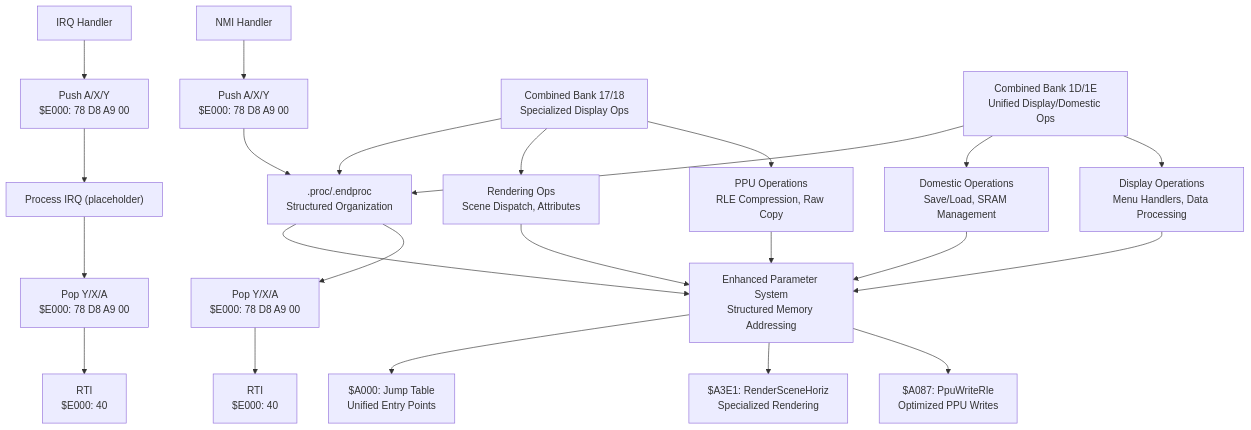
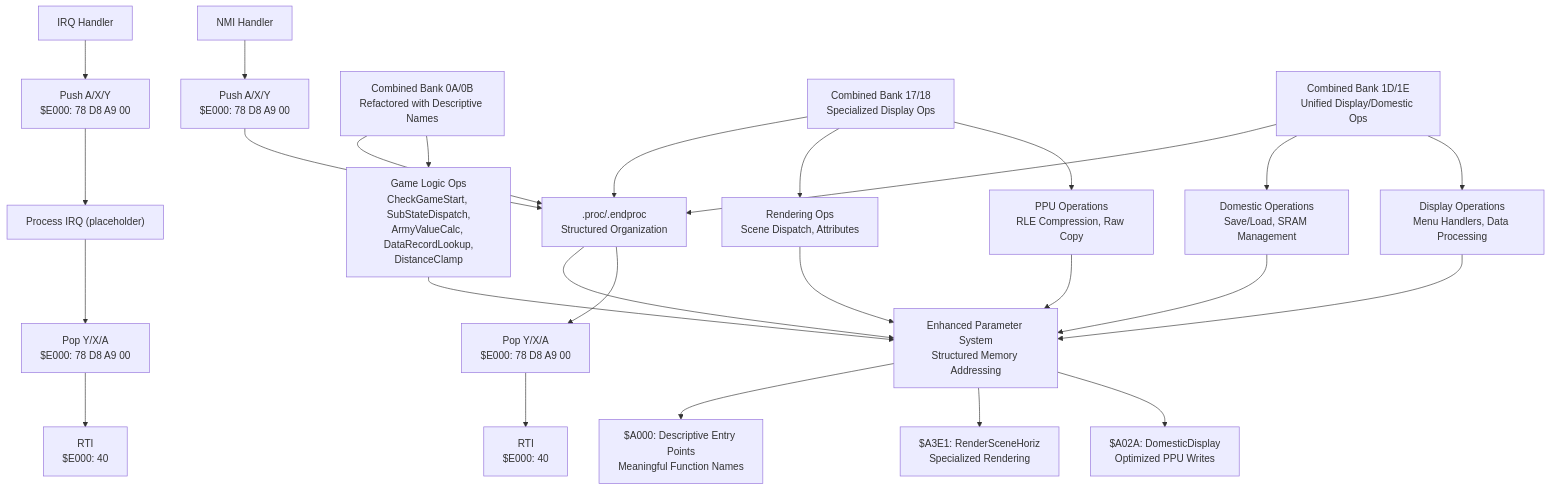
Before and after one commit to rabbyzero/sango2dasm: diagram 11 of 15 in .qoder/repowiki/en/content/Assembly Architecture/Assembly Architecture.md, drawn with Mermaid. The commit also changed other lines of this file and 18 other files, not shown here.

Commit message:
Found AI action proc in prg bank $0a $0b. analysis WIP.

````diff
--- a/.qoder/repowiki/en/content/Assembly Architecture/Assembly Architecture.md
+++ b/.qoder/repowiki/en/content/Assembly Architecture/Assembly Architecture.md
@@ -570,26 +699,29 @@
 ```mermaid
 flowchart TD
 NMI["NMI Handler"] --> SAVE["Push A/X/Y<br/>$E000: 78 D8 A9 00"]
 SAVE --> PROC["Process NMI (placeholder)"]
 PROC --> RESTORE["Pop Y/X/A<br/>$E000: 78 D8 A9 00"]
 RESTORE --> RTI["RTI<br/>$E000: 40"]
 IRQ["IRQ Handler"] --> SAVE2["Push A/X/Y<br/>$E000: 78 D8 A9 00"]
 SAVE2 --> PROC2["Process IRQ (placeholder)"]
 PROC2 --> RESTORE2["Pop Y/X/A<br/>$E000: 78 D8 A9 00"]
 RESTORE2 --> RTI2["RTI<br/>$E000: 40"]
+COMBINED0A_0B["Combined Bank 0A/0B<br/>Refactored with Descriptive Names"] --> GAMELOGIC["Game Logic Ops<br/>CheckGameStart, SubStateDispatch,<br/>ArmyValueCalc, DataRecordLookup,<br/>DistanceClamp"]
 COMBINED17_18["Combined Bank 17/18<br/>Specialized Display Ops"] --> PPUOPS["PPU Operations<br/>RLE Compression, Raw Copy"]
 COMBINED17_18 --> RENDEROPS["Rendering Ops<br/>Scene Dispatch, Attributes"]
-COMBINED17_18 --> PROC[".proc/.endproc<br/>Structured Organization"]
 COMBINED1D_1E["Combined Bank 1D/1E<br/>Unified Display/Domestic Ops"] --> DISPLAYOPS["Display Operations<br/>Menu Handlers, Data Processing"]
 COMBINED1D_1E --> DOMESTICOPS["Domestic Operations<br/>Save/Load, SRAM Management"]
+COMBINED0A_0B --> PROC[".proc/.endproc<br/>Structured Organization"]
+COMBINED17_18 --> PROC
 COMBINED1D_1E --> PROC
 PARAMSYS["Enhanced Parameter System<br/>Structured Memory Addressing"]
+GAMELOGIC --> PARAMSYS
 PPUOPS --> PARAMSYS
 RENDEROPS --> PARAMSYS
 DISPLAYOPS --> PARAMSYS
 DOMESTICOPS --> PARAMSYS
 PROC --> PARAMSYS
-PARAMSYS --> OPTIMIZED["$A087: PpuWriteRle<br/>Optimized PPU Writes"]
+PARAMSYS --> OPTIMIZED["$A02A: DomesticDisplay<br/>Optimized PPU Writes"]
 PARAMSYS --> SPECIALIZED["$A3E1: RenderSceneHoriz<br/>Specialized Rendering"]
-PARAMSYS --> UNIFIED["$A000: Jump Table<br/>Unified Entry Points"]
+PARAMSYS --> UNIFIED["$A000: Descriptive Entry Points<br/>Meaningful Function Names"]
 ```
````
